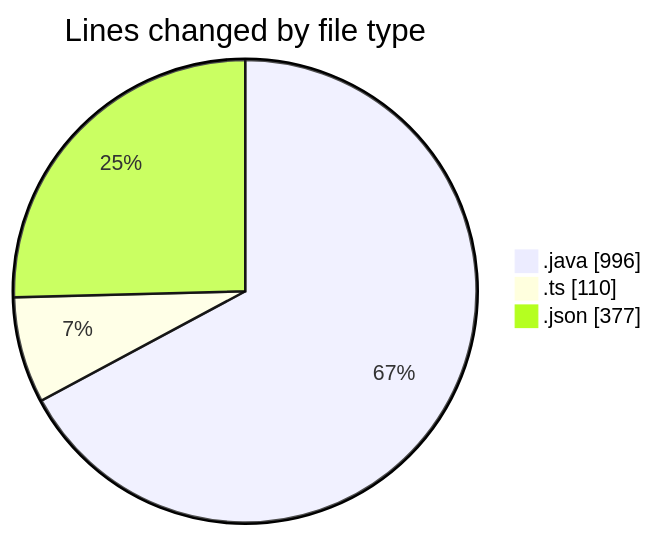
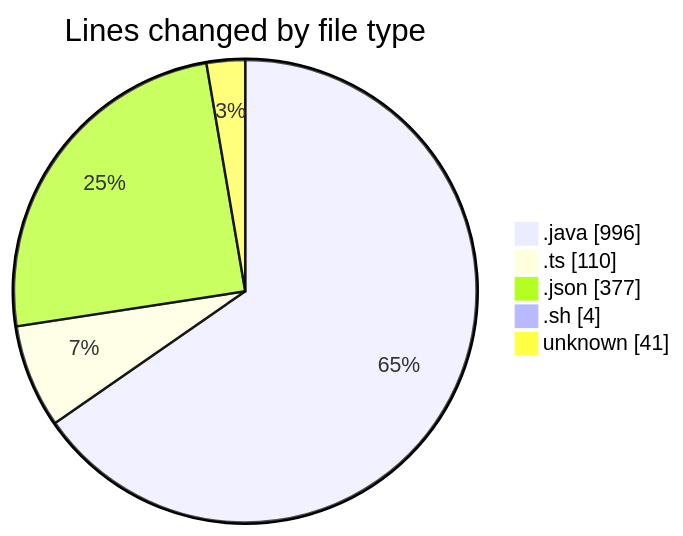
The first of 2 diagrams in 2025-02-20/micros/README.md (charlie-sans/code-tracking), drawn with Mermaid before and after one commit. The commit also changed other lines of this file and 1 other file, not shown here.

````diff
--- a/2025-02-20/micros/README.md
+++ b/2025-02-20/micros/README.md
@@ -26,7 +28,9 @@
 ```mermaid
 pie showData
 title Lines changed by file type
 ".java" : 996
 ".ts" : 110
 ".json" : 377
+".sh" : 4
+"unknown" : 41
 ```
````
